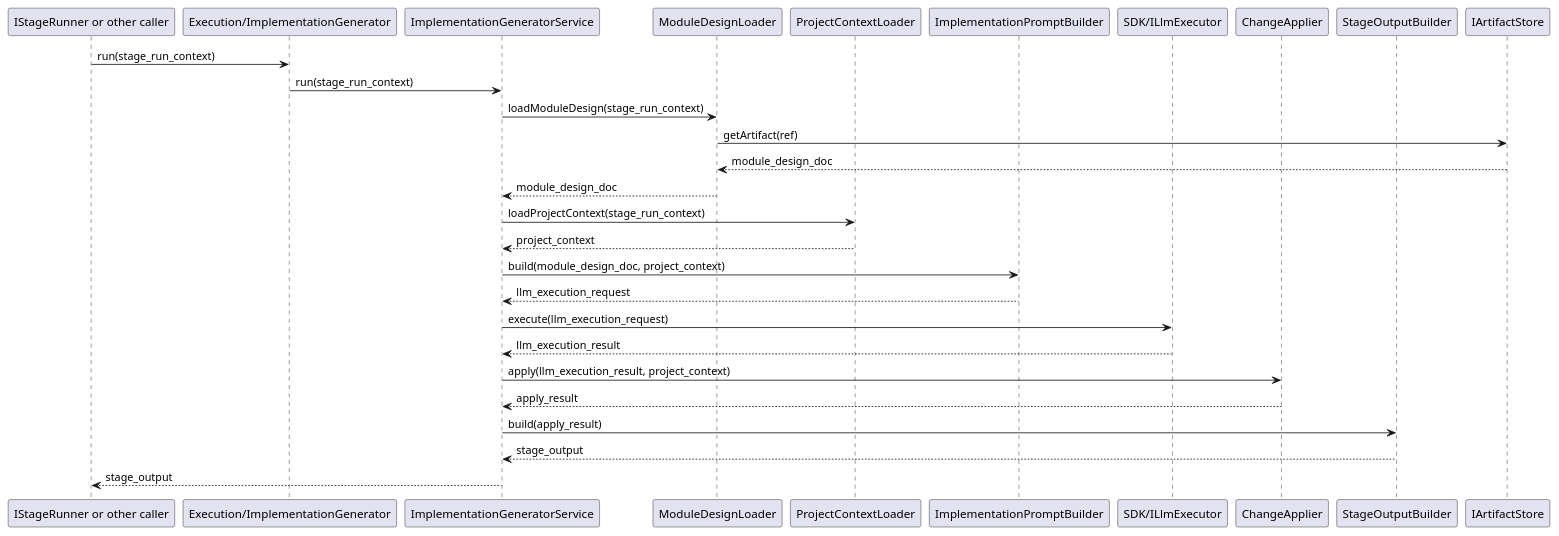
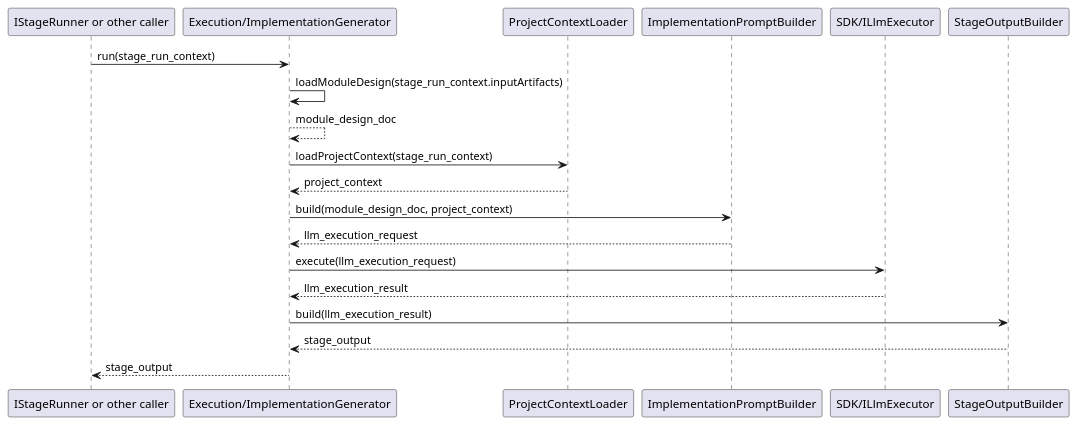
Before and after one commit to lucky-chen/ai_workflow_travel: the second of 2 diagrams in meta_layer/docs/design_docs/Execution/ImplementationGenerator.md, drawn with PlantUML. The commit also changed other lines of this file and 12 other files, not shown here.

First line of the commit message:
[AI] gpt-5.4: align stage pipeline document io flow

````diff
--- a/meta_layer/docs/design_docs/Execution/ImplementationGenerator.md
+++ b/meta_layer/docs/design_docs/Execution/ImplementationGenerator.md
@@ -181,32 +133,23 @@
 ```plantuml
 @startuml
 participant Caller as "IStageRunner or other caller"
 participant ImplementationGenerator as "Execution/ImplementationGenerator"
-participant ImplementationGeneratorService
-participant ModuleDesignLoader
 participant ProjectContextLoader
 participant ImplementationPromptBuilder
 participant ILlmExecutor as "SDK/ILlmExecutor"
-participant ChangeApplier
 participant StageOutputBuilder
-participant IArtifactStore
 
 Caller -> ImplementationGenerator: run(stage_run_context)
-ImplementationGenerator -> ImplementationGeneratorService: run(stage_run_context)
-ImplementationGeneratorService -> ModuleDesignLoader: loadModuleDesign(stage_run_context)
-ModuleDesignLoader -> IArtifactStore: getArtifact(ref)
-IArtifactStore --> ModuleDesignLoader: module_design_doc
-ModuleDesignLoader --> ImplementationGeneratorService: module_design_doc
-ImplementationGeneratorService -> ProjectContextLoader: loadProjectContext(stage_run_context)
-ProjectContextLoader --> ImplementationGeneratorService: project_context
-ImplementationGeneratorService -> ImplementationPromptBuilder: build(module_design_doc, project_context)
-ImplementationPromptBuilder --> ImplementationGeneratorService: llm_execution_request
-ImplementationGeneratorService -> ILlmExecutor: execute(llm_execution_request)
-ILlmExecutor --> ImplementationGeneratorService: llm_execution_result
-ImplementationGeneratorService -> ChangeApplier: apply(llm_execution_result, project_context)
-ChangeApplier --> ImplementationGeneratorService: apply_result
-ImplementationGeneratorService -> StageOutputBuilder: build(apply_result)
-StageOutputBuilder --> ImplementationGeneratorService: stage_output
-ImplementationGeneratorService --> Caller: stage_output
+ImplementationGenerator -> ImplementationGenerator: loadModuleDesign(stage_run_context.inputArtifacts)
+ImplementationGenerator --> ImplementationGenerator: module_design_doc
+ImplementationGenerator -> ProjectContextLoader: loadProjectContext(stage_run_context)
+ProjectContextLoader --> ImplementationGenerator: project_context
+ImplementationGenerator -> ImplementationPromptBuilder: build(module_design_doc, project_context)
+ImplementationPromptBuilder --> ImplementationGenerator: llm_execution_request
+ImplementationGenerator -> ILlmExecutor: execute(llm_execution_request)
+ILlmExecutor --> ImplementationGenerator: llm_execution_result
+ImplementationGenerator -> StageOutputBuilder: build(llm_execution_result)
+StageOutputBuilder --> ImplementationGenerator: stage_output
+ImplementationGenerator --> Caller: stage_output
 @enduml
 ```
````
